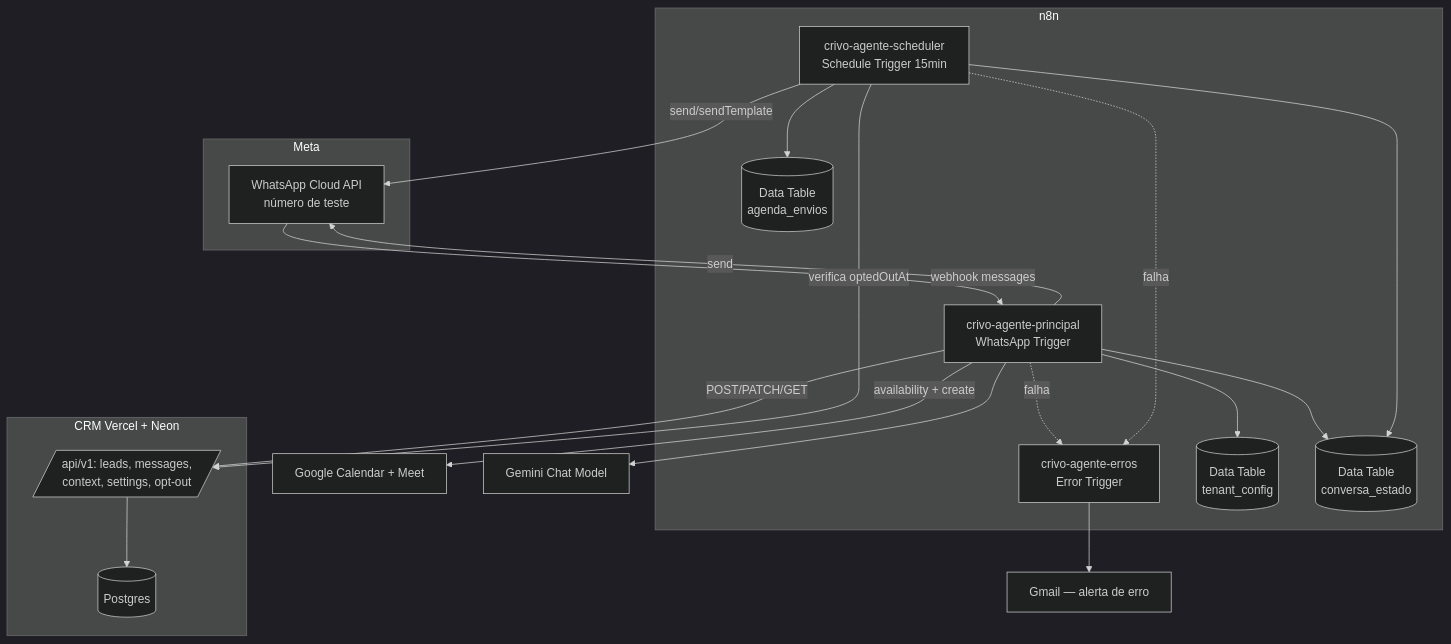
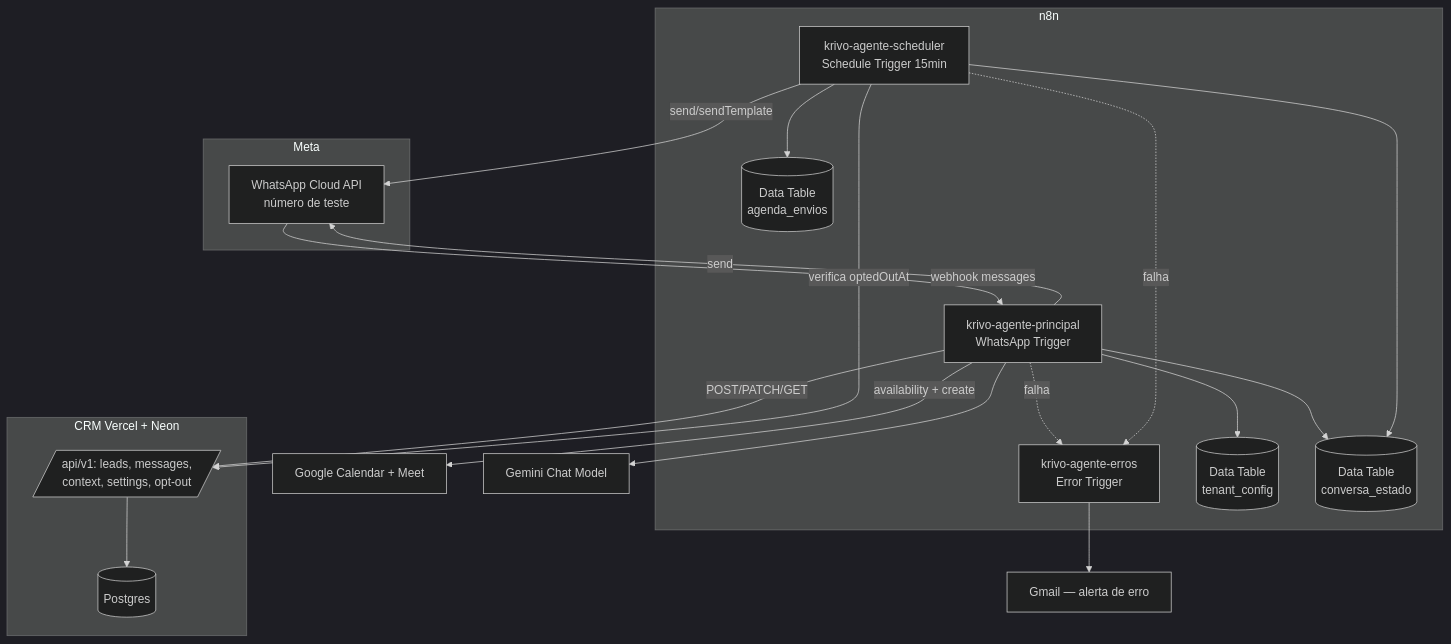
Before and after one commit to Arthur1050/crivo: the diagram in .specs/features/lote-6-agente-n8n-whatsapp/design.md, drawn with Mermaid (dark theme). The commit also changed other lines of this file and 207 other files, not shown here.

````diff
--- a/.specs/features/lote-6-agente-n8n-whatsapp/design.md
+++ b/.specs/features/lote-6-agente-n8n-whatsapp/design.md
@@ -13,33 +13,33 @@
 ```mermaid
 graph TD
     subgraph Meta
         WA[WhatsApp Cloud API<br/>número de teste]
     end
     subgraph n8n
-        WF1[crivo-agente-principal<br/>WhatsApp Trigger]
-        WF2[crivo-agente-scheduler<br/>Schedule Trigger 15min]
-        WF4[crivo-agente-erros<br/>Error Trigger]
+        WF1[krivo-agente-principal<br/>WhatsApp Trigger]
+        WF2[krivo-agente-scheduler<br/>Schedule Trigger 15min]
+        WF4[krivo-agente-erros<br/>Error Trigger]
         DT1[(Data Table<br/>tenant_config)]
         DT2[(Data Table<br/>conversa_estado)]
         DT3[(Data Table<br/>agenda_envios)]
     end
     subgraph CRM [CRM Vercel + Neon]
         API[/api/v1: leads, messages,<br/>context, settings, opt-out/]
         DB[(Postgres)]
     end
     GCal[Google Calendar + Meet]
     Gemini[Gemini Chat Model]
     Gmail[Gmail — alerta de erro]
 
     WA -->|webhook messages| WF1
     WF1 --> DT1 & DT2
     WF1 -->|POST/PATCH/GET| API
     WF1 --> Gemini
     WF1 -->|availability + create| GCal
     WF1 -->|send| WA
     WF2 --> DT3 & DT2
     WF2 -->|verifica optedOutAt| API
     WF2 -->|send/sendTemplate| WA
     WF1 & WF2 -.->|falha| WF4 --> Gmail
     API --> DB
 ```
````
